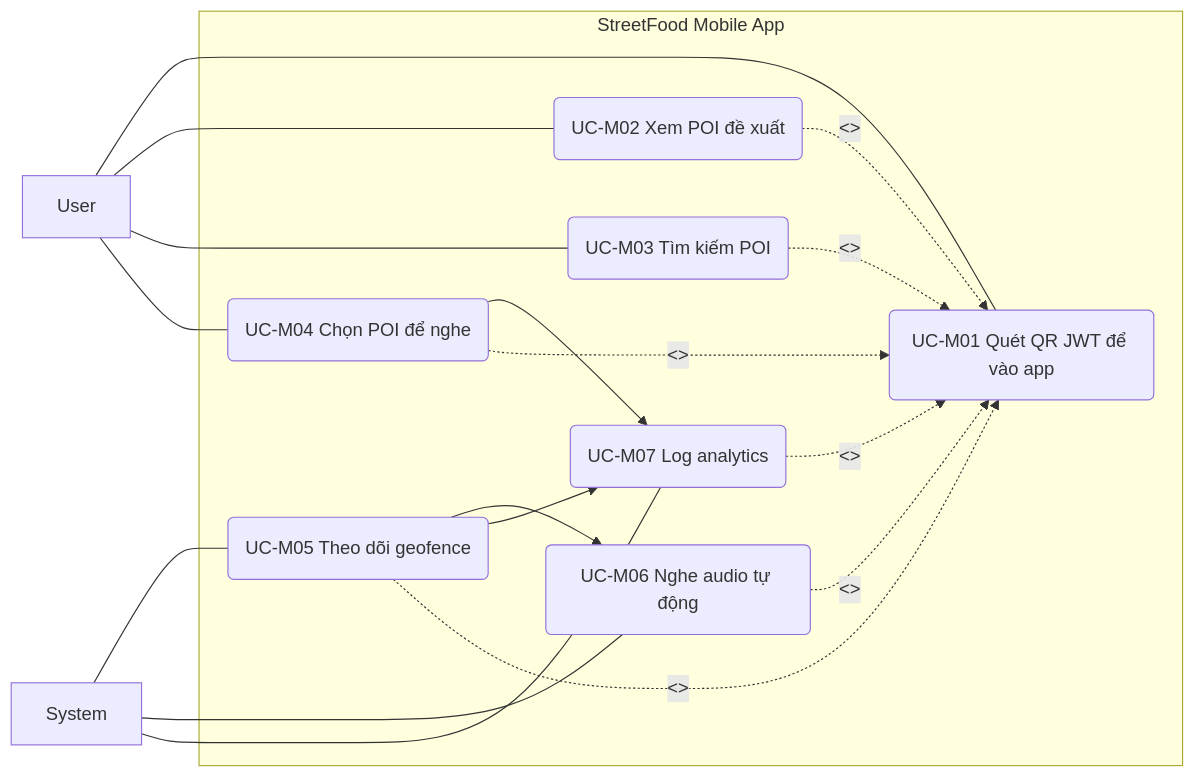
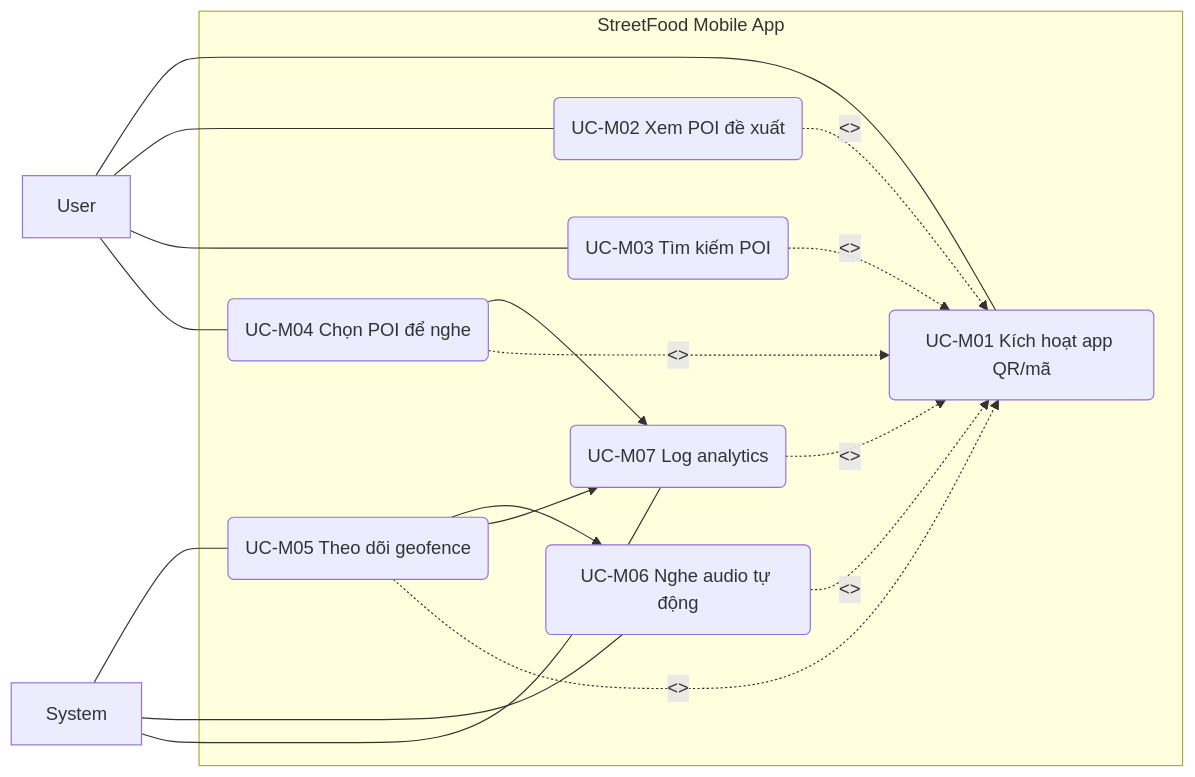
One commit to NguyenPhuc-Du/StreetFood changed the third of 55 diagrams in prd.md. Above: the diagram before and after it, drawn with Mermaid. The commit also changed other lines of this file and 8 other files, not shown here.

````diff
--- a/prd.md
+++ b/prd.md
@@ -654,30 +672,30 @@
 ```mermaid
 flowchart LR
     U[User]
     S[System]
     subgraph APP[StreetFood Mobile App]
-      M1(UC-M01 Quét QR JWT để vào app)
+      M1(UC-M01 Kích hoạt app QR/mã)
       M2(UC-M02 Xem POI đề xuất)
       M3(UC-M03 Tìm kiếm POI)
       M4(UC-M04 Chọn POI để nghe)
       M5(UC-M05 Theo dõi geofence)
       M6(UC-M06 Nghe audio tự động)
       M7(UC-M07 Log analytics)
     end
     U --- M1
     U --- M2
     U --- M3
     U --- M4
     S --- M5
     S --- M6
     S --- M7
     M5 --> M6
     M5 --> M7
     M4 --> M7
     M2 -. "<<include>>" .-> M1
     M3 -. "<<include>>" .-> M1
     M4 -. "<<include>>" .-> M1
     M5 -. "<<include>>" .-> M1
     M6 -. "<<include>>" .-> M1
     M7 -. "<<include>>" .-> M1
 ```
````
